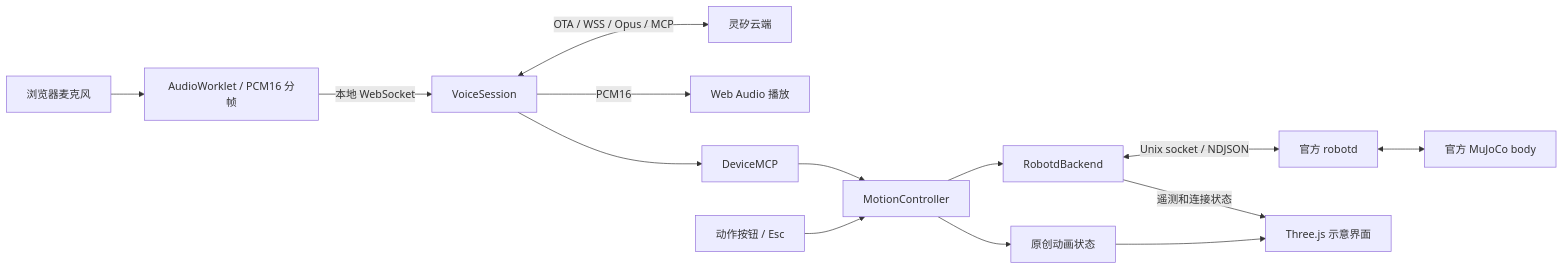
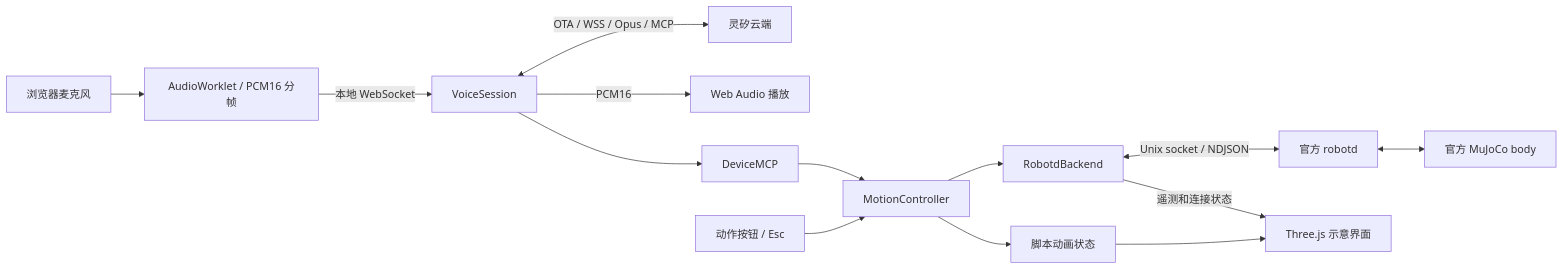
The diagram in docs/ARCHITECTURE.md (zhoutingunl/DuckKing), drawn with Mermaid before and after one commit. The commit also changed other lines of this file and 34 other files, not shown here.

````diff
--- a/docs/ARCHITECTURE.md
+++ b/docs/ARCHITECTURE.md
@@ -11,16 +11,16 @@
 ```mermaid
 flowchart LR
     Mic[浏览器麦克风] --> PCM[AudioWorklet / PCM16 分帧]
     PCM -->|本地 WebSocket| Voice[VoiceSession]
     Voice <-->|OTA / WSS / Opus / MCP| Cloud[灵矽云端]
     Voice -->|PCM16| Speaker[Web Audio 播放]
     Voice --> MCP[DeviceMCP]
     Buttons[动作按钮 / Esc] --> Motion[MotionController]
     MCP --> Motion
-    Motion --> Preview[原创动画状态]
+    Motion --> Preview[脚本动画状态]
     Motion --> Adapter[RobotdBackend]
     Adapter <-->|Unix socket / NDJSON| Robot[官方 robotd]
     Robot <--> Physics[官方 MuJoCo body]
     Preview --> UI[Three.js 示意界面]
     Adapter -->|遥测和连接状态| UI
 ```
````
